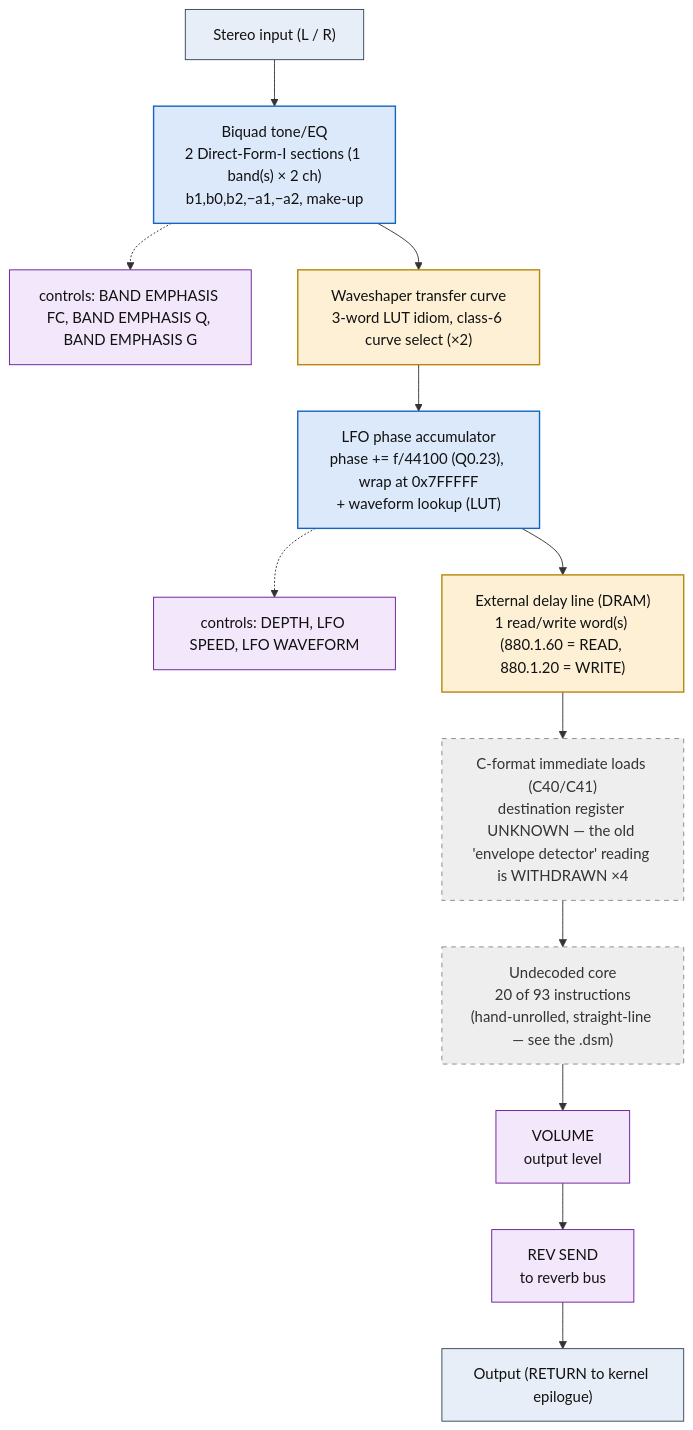
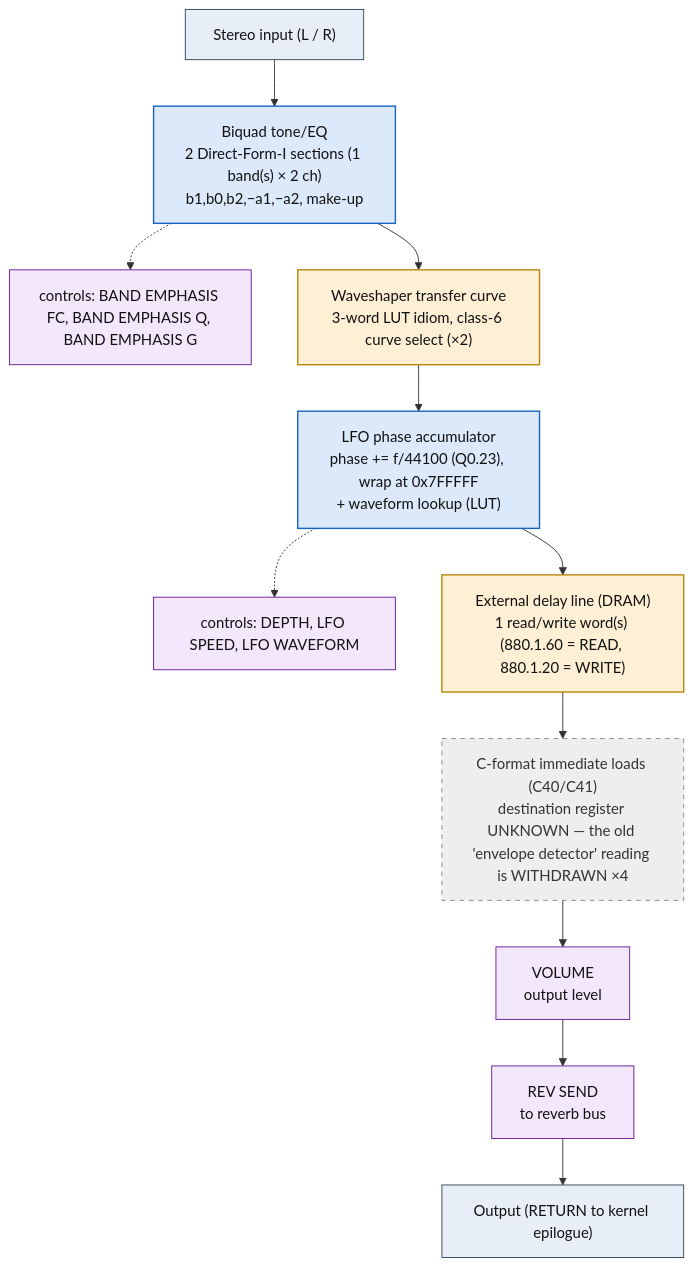
Before and after one commit to ArqueologiaDigital/kn5000-roms-disasm: the diagram in dsp/flowcharts/prog71_peq_chorus.md, drawn with Mermaid. The commit also changed other lines of this file and 39 other files, not shown here.

First line of the commit message:
dsp: annotate all flowcharts with the classic effect topology each shape matches

````diff
--- a/dsp/flowcharts/prog71_peq_chorus.md
+++ b/dsp/flowcharts/prog71_peq_chorus.md
@@ -12,38 +12,36 @@
 ```mermaid
 flowchart TD
     N0["Stereo input (L / R)"]
     N1["Biquad tone/EQ<br/>2 Direct-Form-I sections (1 band(s) &times; 2 ch)<br/>b1,b0,b2,&minus;a1,&minus;a2, make-up"]
     N0 --> N1
     N2["controls: BAND EMPHASIS FC, BAND EMPHASIS Q, BAND EMPHASIS G"]
     N1 -.-> N2
     N3["Waveshaper transfer curve<br/>3-word LUT idiom, class-6 curve select (&times;2)"]
     N1 --> N3
     N4["LFO phase accumulator<br/>phase += f/44100 (Q0.23), wrap at 0x7FFFFF<br/>+ waveform lookup (LUT)"]
     N3 --> N4
     N5["controls: DEPTH, LFO SPEED, LFO WAVEFORM"]
     N4 -.-> N5
     N6["External delay line (DRAM)<br/>1 read/write word(s) (880.1.60 = READ, 880.1.20 = WRITE)"]
     N4 --> N6
     N7["C-format immediate loads (C40/C41)<br/>destination register UNKNOWN &mdash; the old 'envelope detector' reading is WITHDRAWN &times;4"]
     N6 --> N7
-    N8["Undecoded core<br/>20 of 93 instructions<br/>(hand-unrolled, straight-line &mdash; see the .dsm)"]
+    N8["VOLUME<br/>output level"]
     N7 --> N8
-    N9["VOLUME<br/>output level"]
+    N9["REV SEND<br/>to reverb bus"]
     N8 --> N9
-    N10["REV SEND<br/>to reverb bus"]
+    N10["Output (RETURN to kernel epilogue)"]
     N9 --> N10
-    N11["Output (RETURN to kernel epilogue)"]
-    N10 --> N11
 
     classDef io fill:#e8eef7,stroke:#33475b,stroke-width:1px,color:#111;
     classDef proven fill:#d7f0d7,stroke:#2e7d32,stroke-width:2px,color:#111;
     classDef measured fill:#dbe9fb,stroke:#1565c0,stroke-width:1.5px,color:#111;
     classDef inferred fill:#fdf0d5,stroke:#b8860b,stroke-width:1.5px,color:#111;
     classDef open fill:#eeeeee,stroke:#888,stroke-width:1px,color:#333,stroke-dasharray:5 5;
     classDef ctrl fill:#f3e8fb,stroke:#6a1b9a,stroke-width:1px,color:#111;
-    class N0,N11 io;
+    class N0,N10 io;
     class N1,N4 measured;
-    class N2,N5,N9,N10 ctrl;
+    class N2,N5,N8,N9 ctrl;
     class N3,N6 inferred;
-    class N7,N8 open;
+    class N7 open;
 ```
````
